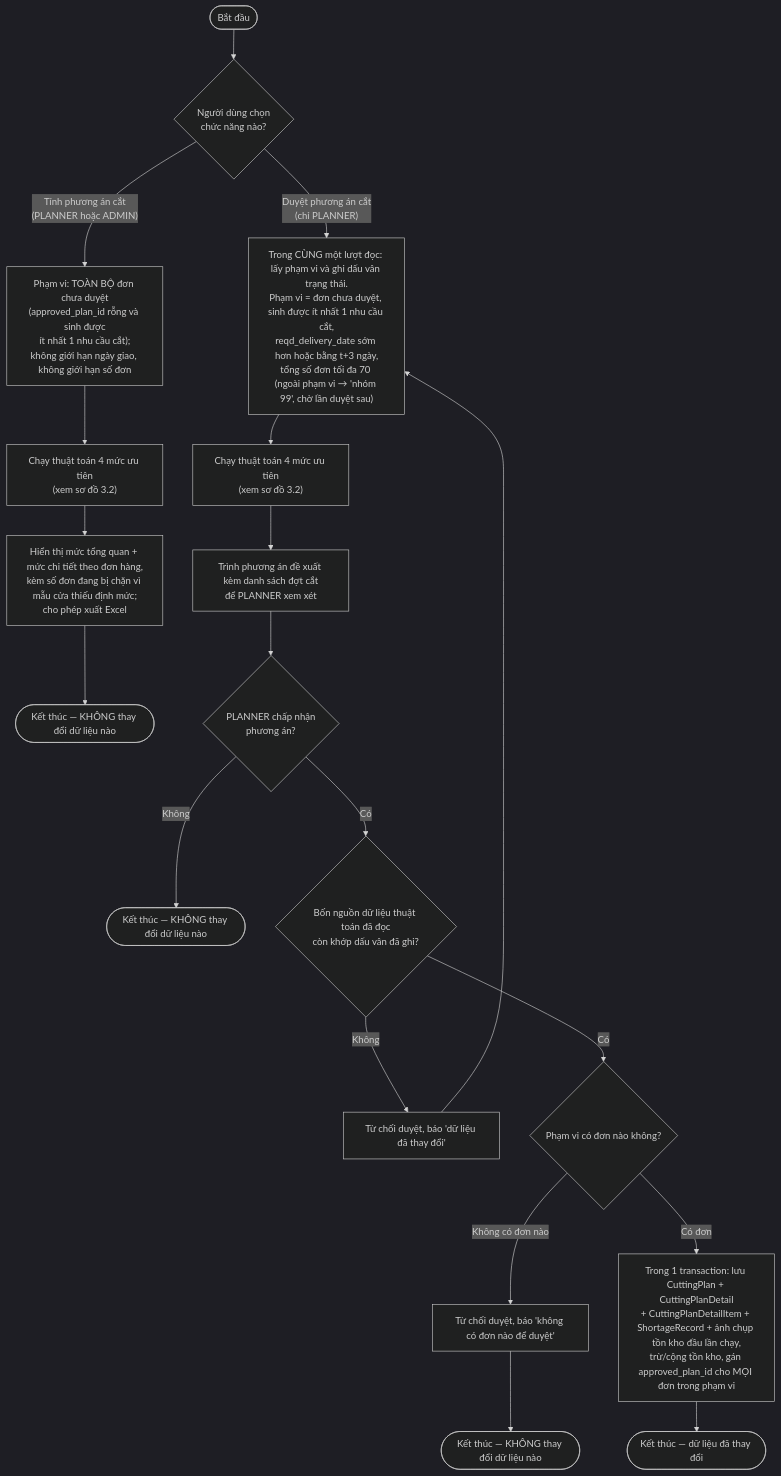
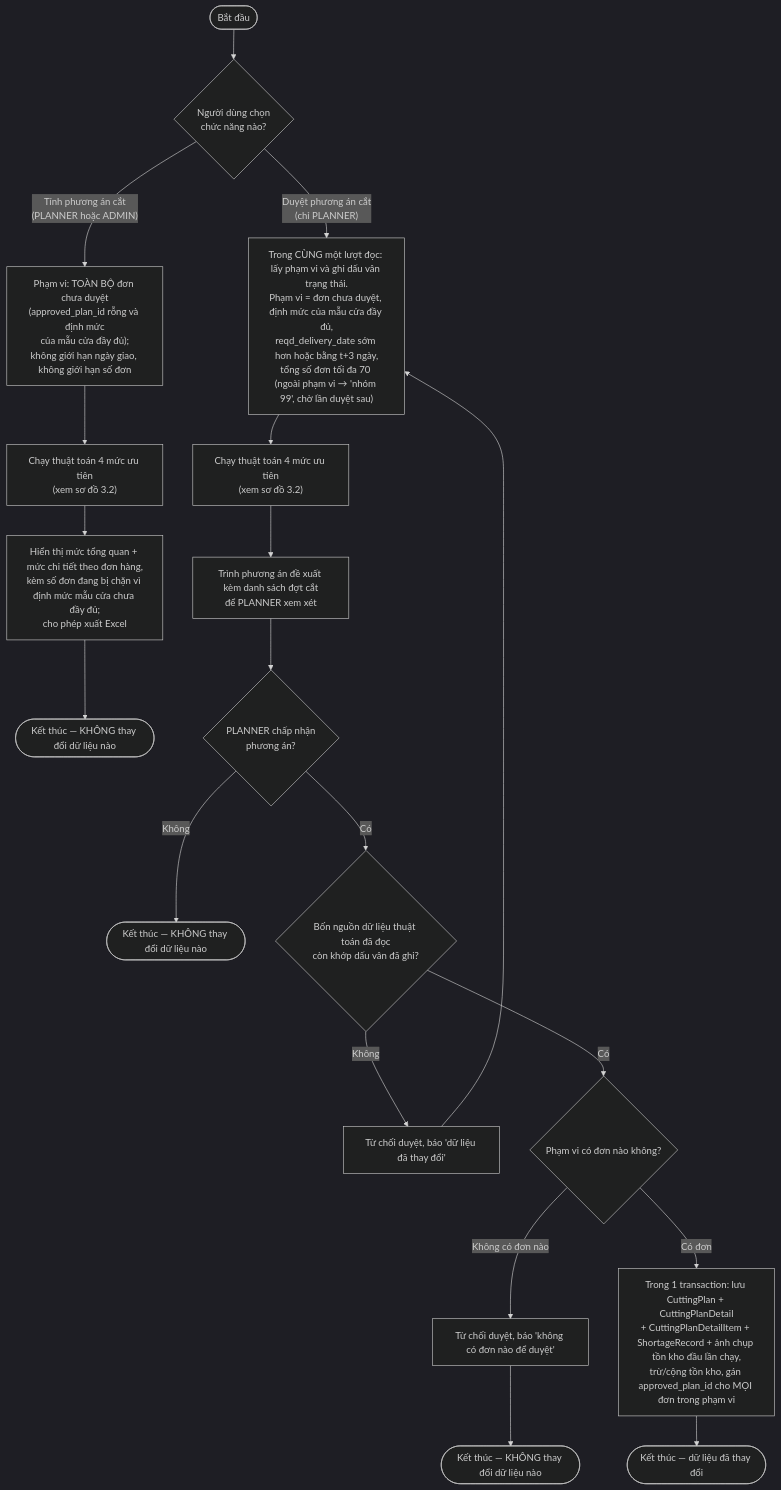
Before and after one commit to huydeptraii123/GraduationThesis: the third of 5 diagrams in docs/activity-diagrams.md, drawn with Mermaid (dark theme). The commit also changed other lines of this file and 5 other files, not shown here.

First line of the commit message:
docs: cập nhật luật đơn bị chặn và ghi nhận ảnh hưởng tới số liệu kiểm thử

````diff
--- a/docs/activity-diagrams.md
+++ b/docs/activity-diagrams.md
@@ -101,23 +101,23 @@
 ```mermaid
 flowchart TD
     A([Bắt đầu]) --> B{"Người dùng chọn<br/>chức năng nào?"}
 
-    B -- "Tính phương án cắt<br/>(PLANNER hoặc ADMIN)" --> C["Phạm vi: TOÀN BỘ đơn chưa duyệt<br/>(approved_plan_id rỗng và sinh được<br/>ít nhất 1 nhu cầu cắt);<br/>không giới hạn ngày giao, không giới hạn số đơn"]
+    B -- "Tính phương án cắt<br/>(PLANNER hoặc ADMIN)" --> C["Phạm vi: TOÀN BỘ đơn chưa duyệt<br/>(approved_plan_id rỗng và định mức<br/>của mẫu cửa đầy đủ);<br/>không giới hạn ngày giao, không giới hạn số đơn"]
     C --> D["Chạy thuật toán 4 mức ưu tiên<br/>(xem sơ đồ 3.2)"]
-    D --> E["Hiển thị mức tổng quan + mức chi tiết theo đơn hàng,<br/>kèm số đơn đang bị chặn vì mẫu cửa thiếu định mức;<br/>cho phép xuất Excel"]
+    D --> E["Hiển thị mức tổng quan + mức chi tiết theo đơn hàng,<br/>kèm số đơn đang bị chặn vì định mức mẫu cửa chưa đầy đủ;<br/>cho phép xuất Excel"]
     E --> Z1([Kết thúc — KHÔNG thay đổi dữ liệu nào])
 
-    B -- "Duyệt phương án cắt<br/>(chỉ PLANNER)" --> F["Trong CÙNG một lượt đọc: lấy phạm vi và ghi dấu vân trạng thái.<br/>Phạm vi = đơn chưa duyệt, sinh được ít nhất 1 nhu cầu cắt,<br/>reqd_delivery_date sớm hơn hoặc bằng t+3 ngày,<br/>tổng số đơn tối đa 70 (ngoài phạm vi → 'nhóm 99', chờ lần duyệt sau)"]
+    B -- "Duyệt phương án cắt<br/>(chỉ PLANNER)" --> F["Trong CÙNG một lượt đọc: lấy phạm vi và ghi dấu vân trạng thái.<br/>Phạm vi = đơn chưa duyệt, định mức của mẫu cửa đầy đủ,<br/>reqd_delivery_date sớm hơn hoặc bằng t+3 ngày,<br/>tổng số đơn tối đa 70 (ngoài phạm vi → 'nhóm 99', chờ lần duyệt sau)"]
     F --> G["Chạy thuật toán 4 mức ưu tiên<br/>(xem sơ đồ 3.2)"]
     G --> I["Trình phương án đề xuất kèm danh sách đợt cắt<br/>để PLANNER xem xét"]
     I --> J{"PLANNER chấp nhận<br/>phương án?"}
     J -- "Không" --> Z2([Kết thúc — KHÔNG thay đổi dữ liệu nào])
     J -- "Có" --> K{"Bốn nguồn dữ liệu thuật toán đã đọc<br/>còn khớp dấu vân đã ghi?"}
     K -- "Không" --> K1["Từ chối duyệt, báo 'dữ liệu đã thay đổi'"]
     K1 --> F
     K -- "Có" --> M{"Phạm vi có đơn nào không?"}
     M -- "Không có đơn nào" --> M1["Từ chối duyệt, báo 'không có đơn nào để duyệt'"]
     M1 --> Z4([Kết thúc — KHÔNG thay đổi dữ liệu nào])
     M -- "Có đơn" --> L["Trong 1 transaction: lưu CuttingPlan + CuttingPlanDetail<br/>+ CuttingPlanDetailItem + ShortageRecord + ảnh chụp tồn kho đầu lần chạy,<br/>trừ/cộng tồn kho, gán approved_plan_id cho MỌI đơn trong phạm vi"]
     L --> Z3([Kết thúc — dữ liệu đã thay đổi])
 ```
````
